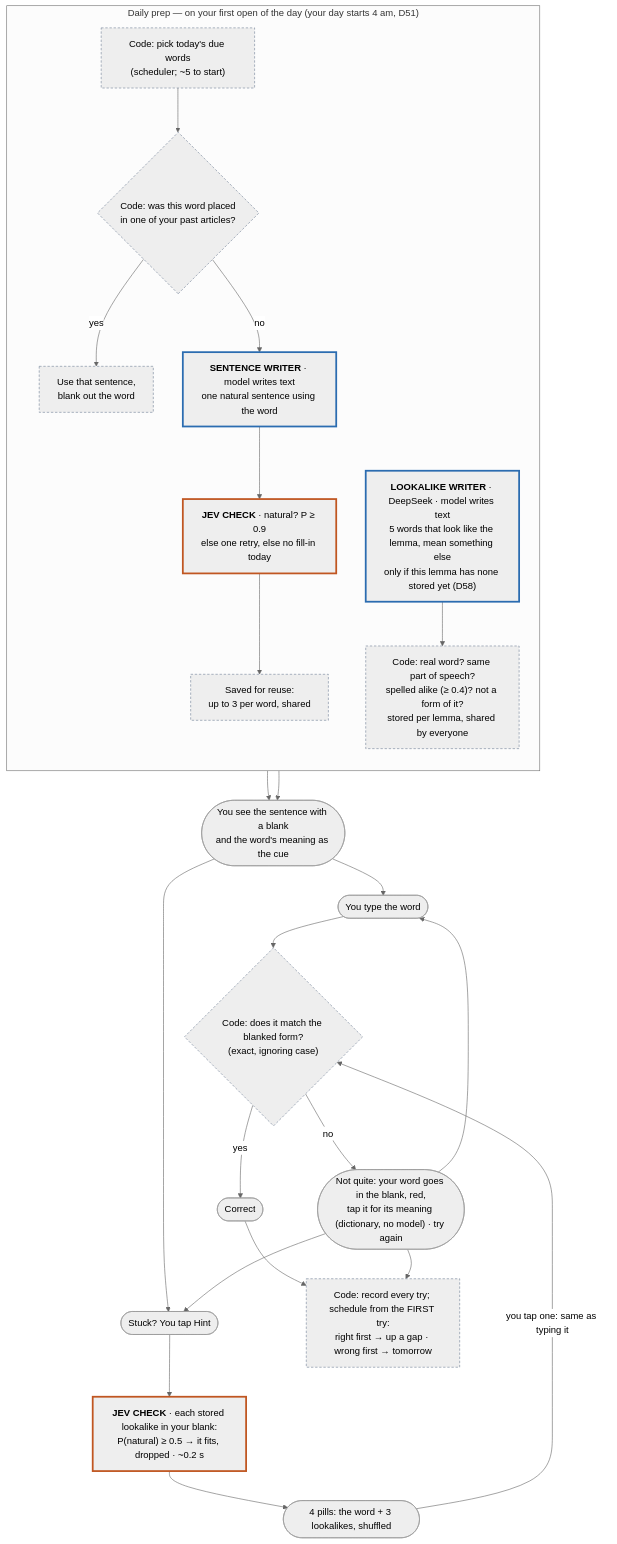
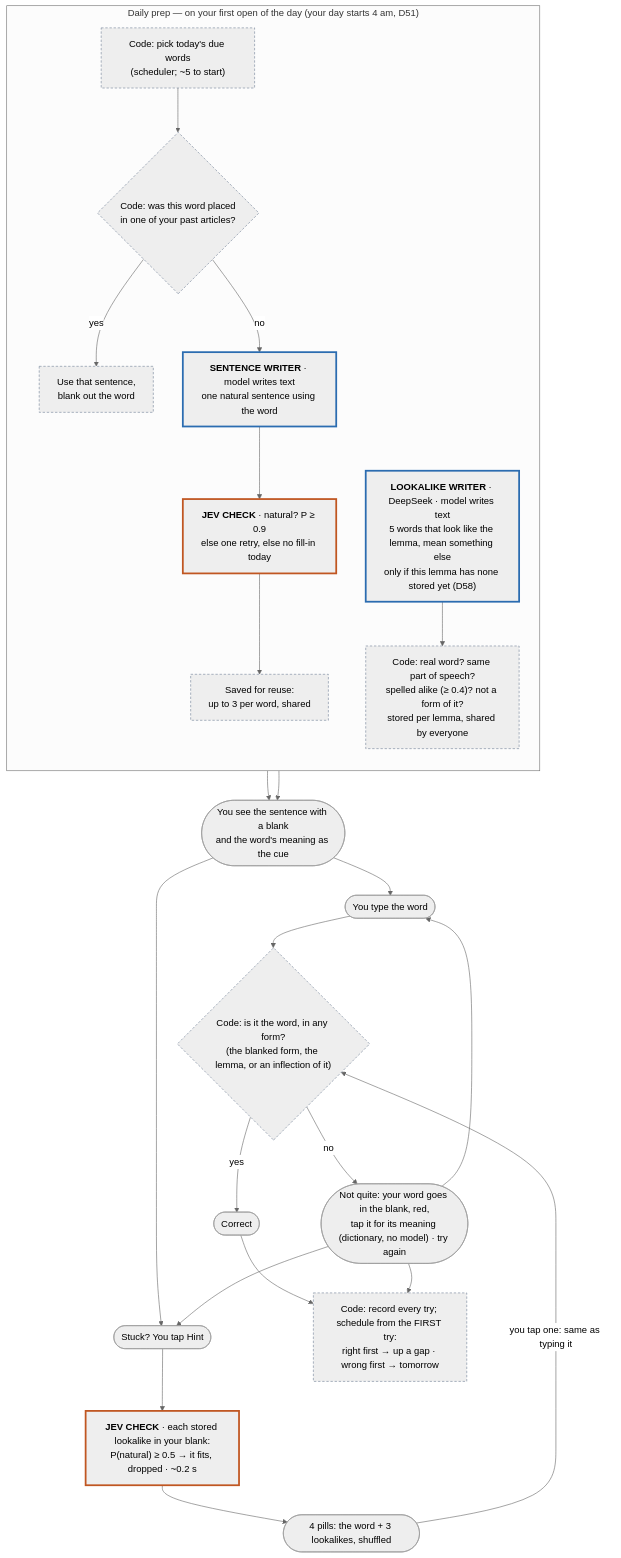
Before and after one commit to nurgazik/RetAIn: the diagram in diagrams/flow-fill-in-the-word.md, drawn with Mermaid (neutral theme). The commit also changed 1 other file, not shown here.

Commit message:
Docs: fill-in retries in the flow diagram and progress log

````diff
--- a/diagrams/flow-fill-in-the-word.md
+++ b/diagrams/flow-fill-in-the-word.md
@@ -5,31 +5,31 @@
 ```mermaid
 flowchart TD
     subgraph PREP["Daily prep — on your first open of the day (your day starts 4 am, D51)"]
         direction TB
         P1["Code: pick today's due words<br/>(scheduler; ~5 to start)"]:::code --> P2{"Code: was this word placed<br/>in one of your past articles?"}:::code
         P2 -- yes --> P3["Use that sentence,<br/>blank out the word"]:::code
         P2 -- no --> P4["<b>SENTENCE WRITER</b> · model writes text<br/>one natural sentence using the word"]:::writer
         P6 --> P5["Saved for reuse:<br/>up to 3 per word, shared"]:::code
         P4 --> P6["<b>JEV CHECK</b> · natural? P ≥ 0.9<br/>else one retry, else no fill-in today"]:::gate
         P7["<b>LOOKALIKE WRITER</b> · DeepSeek · model writes text<br/>5 words that look like the lemma, mean something else<br/>only if this lemma has none stored yet (D58)"]:::writer --> P8["Code: real word? same part of speech?<br/>spelled alike (≥ 0.4)? not a form of it?<br/>stored per lemma, shared by everyone"]:::code
     end
 
     P3 --> X
     P5 --> X
     X([You see the sentence with a blank<br/>and the word's meaning as the cue]) --> Y([You type the word])
     X --> H([Stuck? You tap Hint])
     H --> H1["<b>JEV CHECK</b> · each stored lookalike in your blank:<br/>P(natural) ≥ 0.5 → it fits, dropped · ~0.2 s"]:::gate
     H1 --> H2([4 pills: the word + 3 lookalikes, shuffled])
     H2 -- "you tap one: same as typing it" --> Z
-    Y --> Z{"Code: does it match the blanked form?<br/>(exact, ignoring case)"}:::code
+    Y --> Z{"Code: is it the word, in any form?<br/>(the blanked form, the lemma, or an inflection of it)"}:::code
     Z -- yes --> OK([Correct])
     Z -- no --> NO(["Not quite: your word goes in the blank, red,<br/>tap it for its meaning (dictionary, no model) · try again"])
     NO --> Y
     NO --> H
     OK --> S["Code: record every try; schedule from the FIRST try:<br/>right first → up a gap · wrong first → tomorrow"]:::code
     NO --> S
 
     classDef writer stroke:#2b6cb0,stroke-width:3px
     classDef gate stroke:#c05621,stroke-width:3px
     classDef code stroke:#718096,stroke-dasharray:4 3
 ```
````
